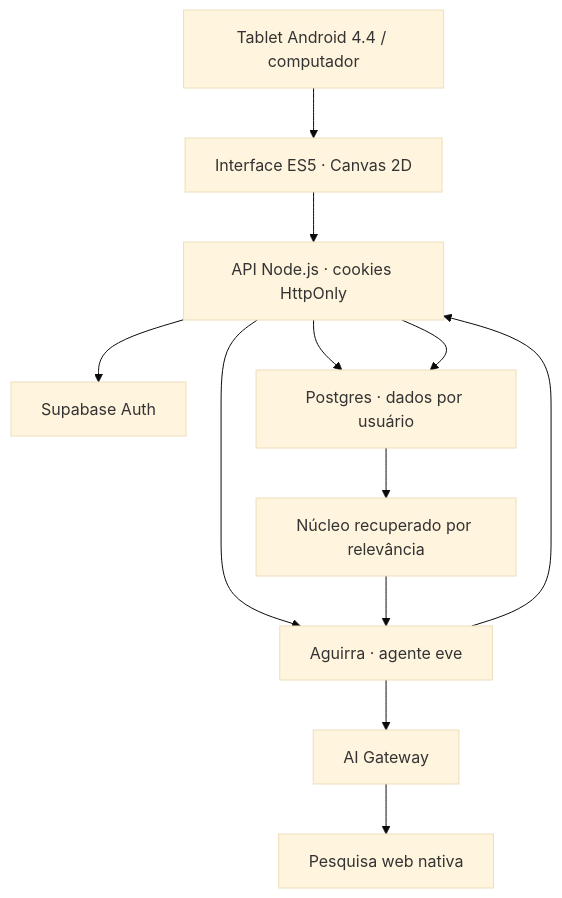
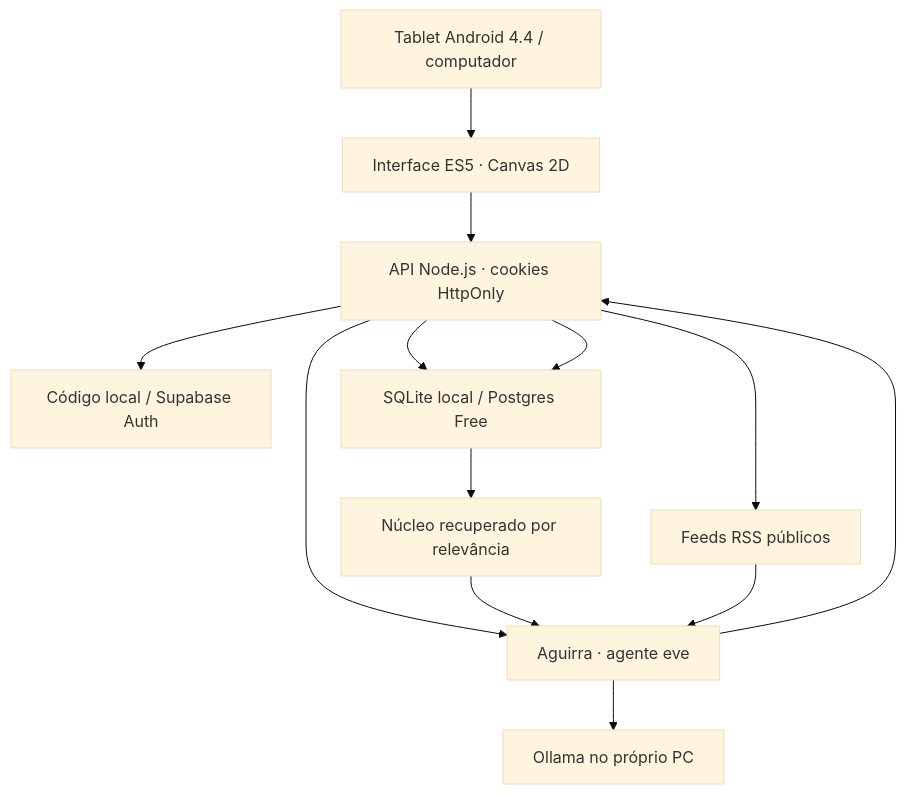
Before and after one commit to matheusaaguirra/Aguirra.Ai: the diagram in docs/architecture.md, drawn with Mermaid (base theme). The commit also changed other lines of this file and 24 other files, not shown here.

Commit message:
feat: run Aguirra without paid APIs using local Ollama, SQLite and public RSS

````diff
--- a/docs/architecture.md
+++ b/docs/architecture.md
@@ -5,14 +5,15 @@
 ```mermaid
 flowchart TD
   T["Tablet Android 4.4 / computador"] --> UI["Interface ES5 · Canvas 2D"]
   UI --> API["API Node.js · cookies HttpOnly"]
-  API --> AUTH["Supabase Auth"]
-  API --> DB["Postgres · dados por usuário"]
+  API --> AUTH["Código local / Supabase Auth"]
+  API --> DB["SQLite local / Postgres Free"]
   API --> EVE["Aguirra · agente eve"]
   DB --> MEM["Núcleo recuperado por relevância"]
   MEM --> EVE
-  EVE --> GW["AI Gateway"]
-  GW --> SEARCH["Pesquisa web nativa"]
+  EVE --> MODEL["Ollama no próprio PC"]
+  API --> RSS["Feeds RSS públicos"]
+  RSS --> EVE
   EVE --> API
   API --> DB
 ```
````
